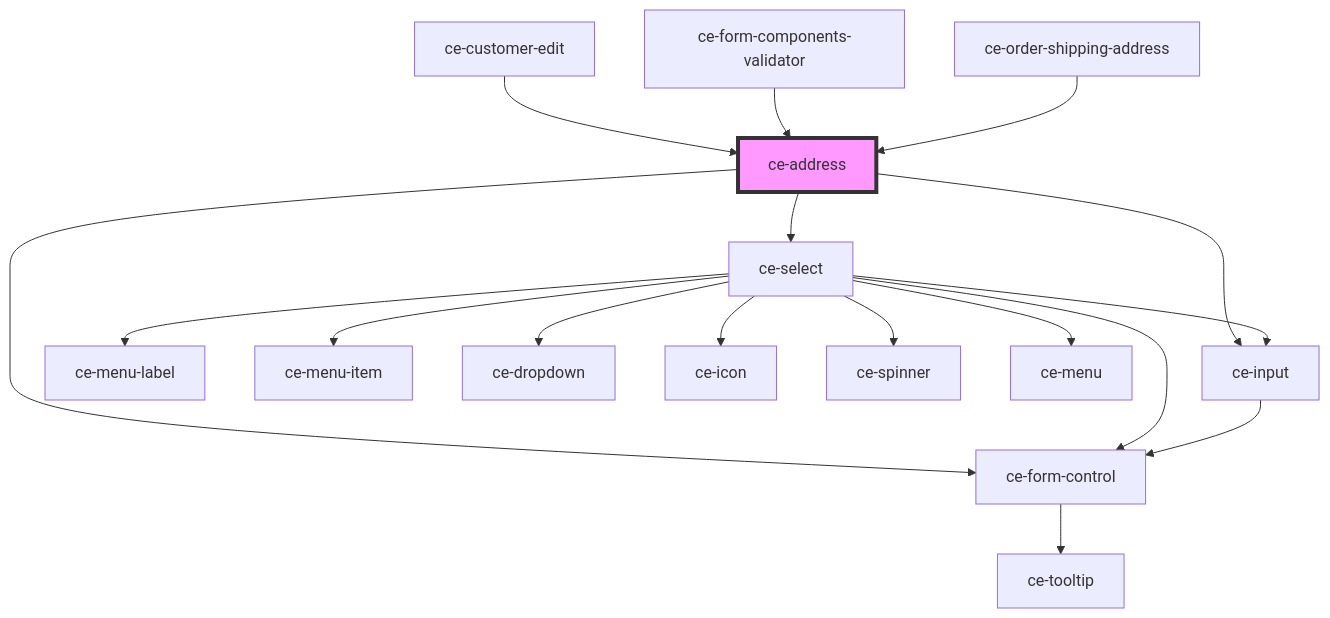
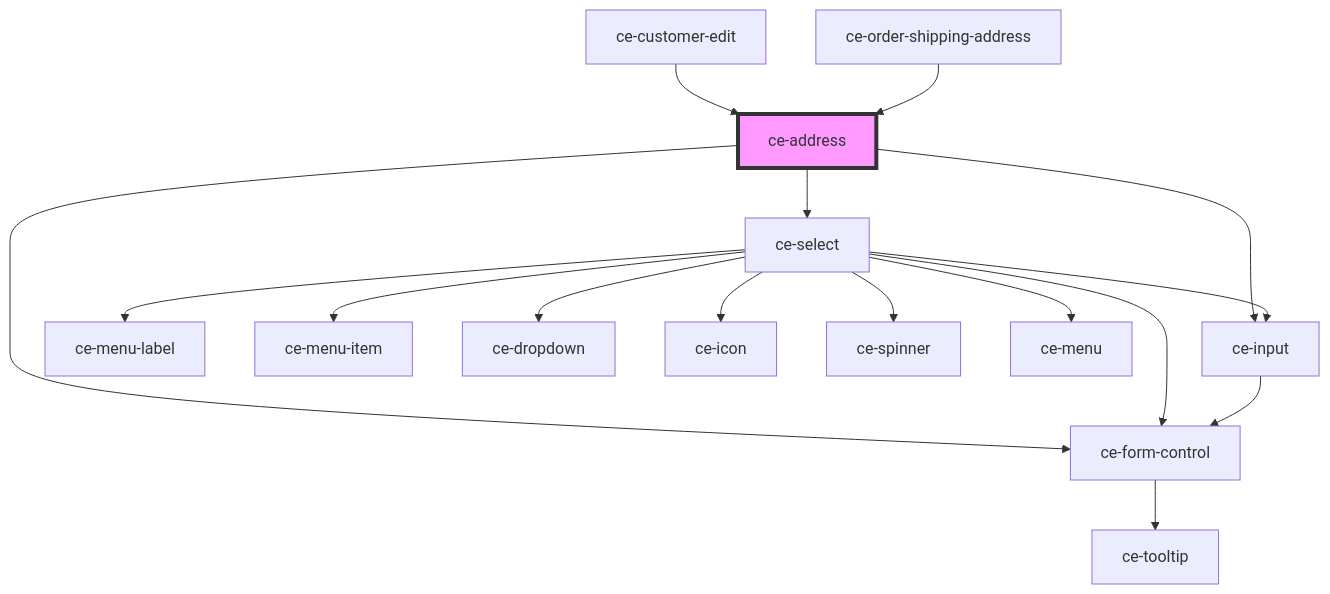
Before and after one commit to surecart/surecart-wp-plugin: the diagram in packages/components/src/components/ui/ce-address/readme.md, drawn with Mermaid. The commit also changed other lines of this file and 9 other files, not shown here.

````diff
--- a/packages/components/src/components/ui/ce-address/readme.md
+++ b/packages/components/src/components/ui/ce-address/readme.md
@@ -41,20 +40,19 @@
 ```mermaid
 graph TD;
   ce-address --> ce-form-control
   ce-address --> ce-select
   ce-address --> ce-input
   ce-form-control --> ce-tooltip
   ce-select --> ce-menu-label
   ce-select --> ce-menu-item
   ce-select --> ce-form-control
   ce-select --> ce-dropdown
   ce-select --> ce-icon
   ce-select --> ce-input
   ce-select --> ce-spinner
   ce-select --> ce-menu
   ce-input --> ce-form-control
   ce-customer-edit --> ce-address
-  ce-form-components-validator --> ce-address
   ce-order-shipping-address --> ce-address
   style ce-address fill:#f9f,stroke:#333,stroke-width:4px
 ```
````
